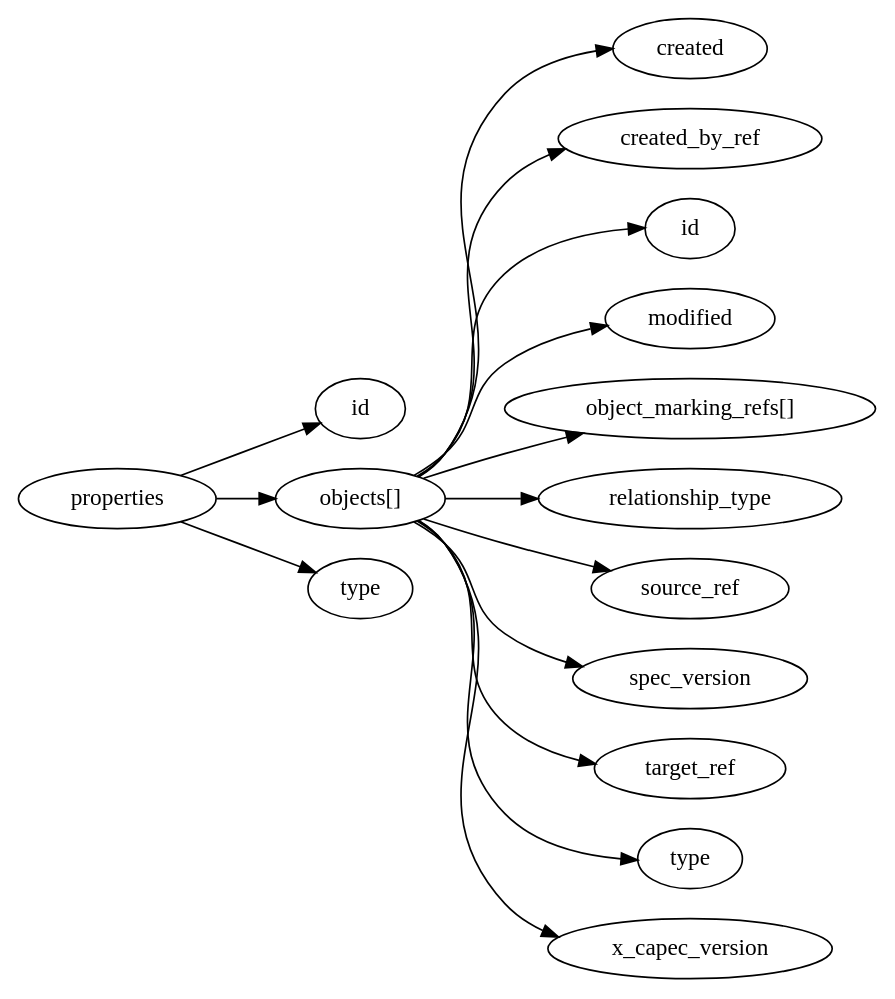
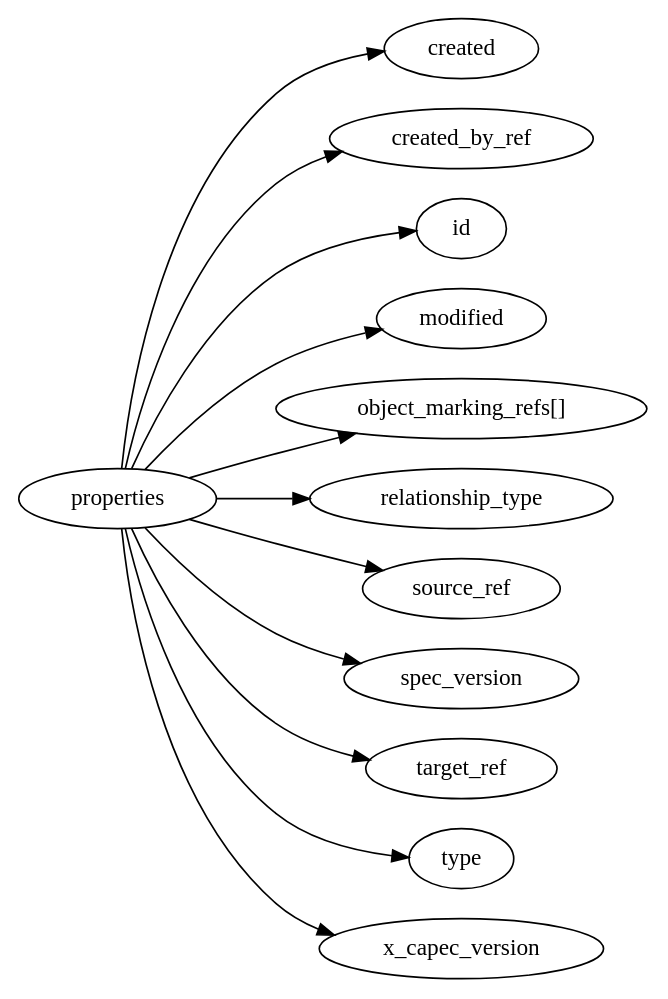
Before and after one commit to whitfieldsdad/json-kit: the diagram in resources/example-data/json/stix2/mitre-capec/dot/relationship.dot, drawn with Graphviz. The commit also changed 68 other files, not shown here.

```diff
--- a/resources/example-data/json/stix2/mitre-capec/dot/relationship.dot
+++ b/resources/example-data/json/stix2/mitre-capec/dot/relationship.dot
@@ -1,31 +1,25 @@
 digraph {
     graph [rankdir=LR]
+    "created" [label="created"]
+    "created_by_ref" [label="created_by_ref"]
     "id" [label="id"]
-    "objects" [label="objects[]"]
-    "objects.created" [label="created"]
-    "objects.created_by_ref" [label="created_by_ref"]
-    "objects.id" [label="id"]
-    "objects.modified" [label="modified"]
-    "objects.object_marking_refs" [label="object_marking_refs[]"]
-    "objects.relationship_type" [label="relationship_type"]
-    "objects.source_ref" [label="source_ref"]
-    "objects.spec_version" [label="spec_version"]
-    "objects.target_ref" [label="target_ref"]
-    "objects.type" [label="type"]
-    "objects.x_capec_version" [label="x_capec_version"]
+    "modified" [label="modified"]
+    "object_marking_refs" [label="object_marking_refs[]"]
+    "relationship_type" [label="relationship_type"]
+    "source_ref" [label="source_ref"]
+    "spec_version" [label="spec_version"]
+    "target_ref" [label="target_ref"]
     "type" [label="type"]
+    "x_capec_version" [label="x_capec_version"]
+    "properties" -> "created"
+    "properties" -> "created_by_ref"
     "properties" -> "id"
-    "properties" -> "objects"
+    "properties" -> "modified"
+    "properties" -> "object_marking_refs"
+    "properties" -> "relationship_type"
+    "properties" -> "source_ref"
+    "properties" -> "spec_version"
+    "properties" -> "target_ref"
     "properties" -> "type"
-    "objects" -> "objects.created"
-    "objects" -> "objects.created_by_ref"
-    "objects" -> "objects.id"
-    "objects" -> "objects.modified"
-    "objects" -> "objects.object_marking_refs"
-    "objects" -> "objects.relationship_type"
-    "objects" -> "objects.source_ref"
-    "objects" -> "objects.spec_version"
-    "objects" -> "objects.target_ref"
-    "objects" -> "objects.type"
-    "objects" -> "objects.x_capec_version"
+    "properties" -> "x_capec_version"
 }
```
